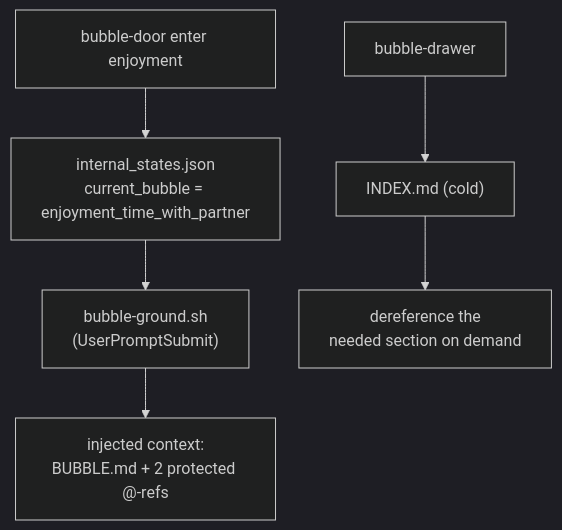
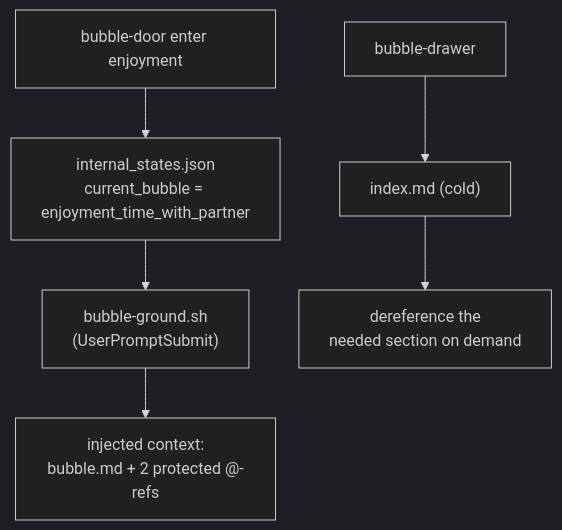
The third of 3 diagrams in work_dir/saori/zero_to_one_memory/03_high_level_implementation.md (syahiidkamil/vibe-ai-partner-entity), drawn with Mermaid (dark theme) before and after one commit. The commit also changed other lines of this file and 10 other files, not shown here.

````diff
--- a/work_dir/saori/zero_to_one_memory/03_high_level_implementation.md
+++ b/work_dir/saori/zero_to_one_memory/03_high_level_implementation.md
@@ -289,8 +301,8 @@
 ```mermaid
 flowchart TB
     SKILL["bubble-door enter enjoyment"] --> IS["internal_states.json<br/>current_bubble = enjoyment_time_with_partner"]
     IS --> BG["bubble-ground.sh<br/>(UserPromptSubmit)"]
-    BG --> CTX["injected context:<br/>BUBBLE.md + 2 protected @-refs"]
-    GBD["bubble-drawer"] --> INDEX["INDEX.md (cold)"]
+    BG --> CTX["injected context:<br/>bubble.md + 2 protected @-refs"]
+    GBD["bubble-drawer"] --> INDEX["index.md (cold)"]
     INDEX --> DEREF["dereference the<br/>needed section on demand"]
 ```
````
